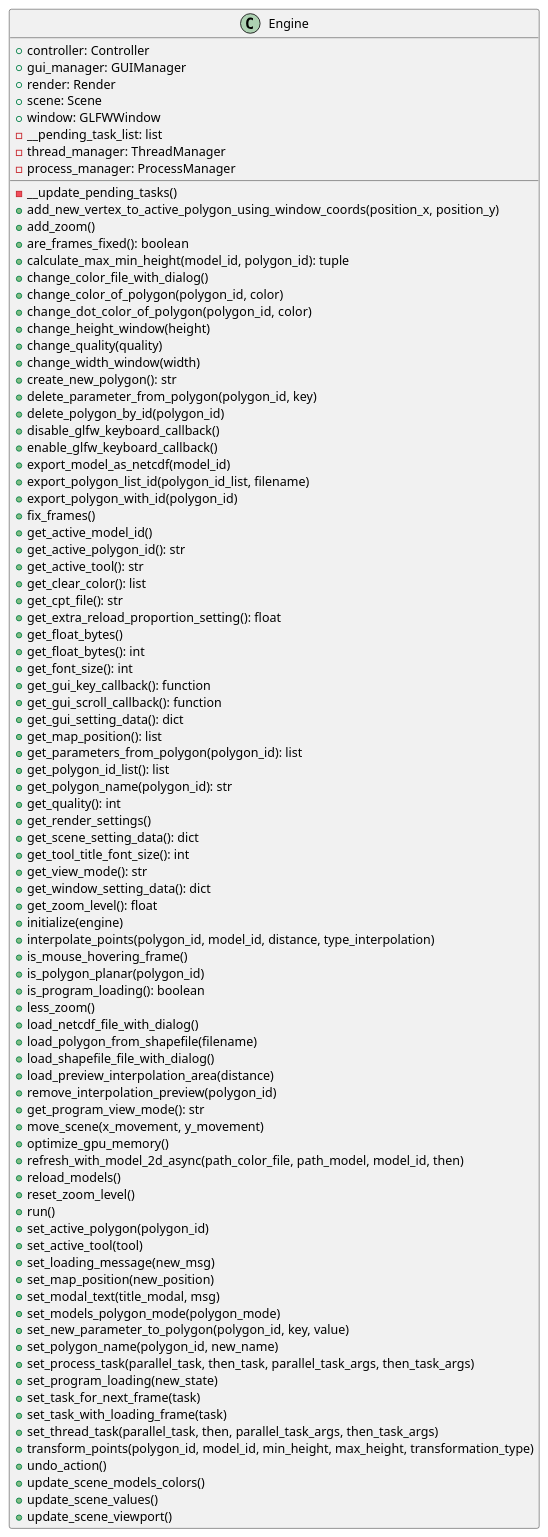
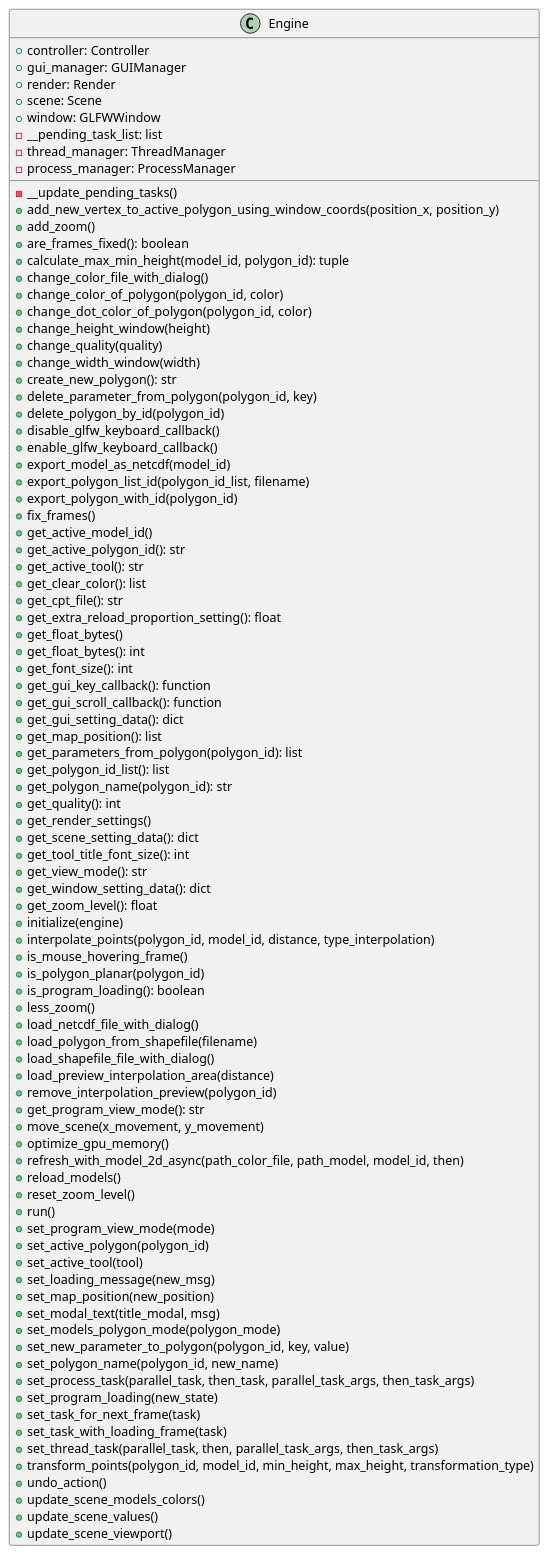
The diagram in docs/classes/Engine.puml (ferpoble2/Relief_Creator), drawn with PlantUML before and after one commit. The commit also changed 4 other files, not shown here.

Commit message:
Added menu in the mainmenubar to change the view mode of the program

```diff
--- a/docs/classes/Engine.puml
+++ b/docs/classes/Engine.puml
@@ -1,93 +1,94 @@
 @startuml
 class Engine {
     + controller: Controller
     + gui_manager: GUIManager
     + render: Render
     + scene: Scene
     + window: GLFWWindow
     - __pending_task_list: list
     - thread_manager: ThreadManager
     - process_manager: ProcessManager
 
     - __update_pending_tasks()
     + add_new_vertex_to_active_polygon_using_window_coords(position_x, position_y)
     + add_zoom()
     + are_frames_fixed(): boolean
     + calculate_max_min_height(model_id, polygon_id): tuple
     + change_color_file_with_dialog()
     + change_color_of_polygon(polygon_id, color)
     + change_dot_color_of_polygon(polygon_id,  color)
     + change_height_window(height)
     + change_quality(quality)
     + change_width_window(width)
     + create_new_polygon(): str
     + delete_parameter_from_polygon(polygon_id, key)
     + delete_polygon_by_id(polygon_id)
     + disable_glfw_keyboard_callback()
     + enable_glfw_keyboard_callback()
     + export_model_as_netcdf(model_id)
     + export_polygon_list_id(polygon_id_list, filename)
     + export_polygon_with_id(polygon_id)
     + fix_frames()
     + get_active_model_id()
     + get_active_polygon_id(): str
     + get_active_tool(): str
     + get_clear_color(): list
     + get_cpt_file(): str
     + get_extra_reload_proportion_setting(): float
     + get_float_bytes()
     + get_float_bytes(): int
     + get_font_size(): int
     + get_gui_key_callback(): function
     + get_gui_scroll_callback(): function
     + get_gui_setting_data(): dict
     + get_map_position(): list
     + get_parameters_from_polygon(polygon_id): list
     + get_polygon_id_list(): list
     + get_polygon_name(polygon_id): str
     + get_quality(): int
     + get_render_settings()
     + get_scene_setting_data(): dict
     + get_tool_title_font_size(): int
     + get_view_mode(): str
     + get_window_setting_data(): dict
     + get_zoom_level(): float
     + initialize(engine)
     + interpolate_points(polygon_id, model_id, distance, type_interpolation)
     + is_mouse_hovering_frame()
     + is_polygon_planar(polygon_id)
     + is_program_loading(): boolean
     + less_zoom()
     + load_netcdf_file_with_dialog()
     + load_polygon_from_shapefile(filename)
     + load_shapefile_file_with_dialog()
     + load_preview_interpolation_area(distance)
     + remove_interpolation_preview(polygon_id)
     + get_program_view_mode(): str
     + move_scene(x_movement, y_movement)
     + optimize_gpu_memory()
     + refresh_with_model_2d_async(path_color_file, path_model, model_id, then)
     + reload_models()
     + reset_zoom_level()
     + run()
+    + set_program_view_mode(mode)
     + set_active_polygon(polygon_id)
     + set_active_tool(tool)
     + set_loading_message(new_msg)
     + set_map_position(new_position)
     + set_modal_text(title_modal, msg)
     + set_models_polygon_mode(polygon_mode)
     + set_new_parameter_to_polygon(polygon_id, key, value)
     + set_polygon_name(polygon_id, new_name)
     + set_process_task(parallel_task, then_task, parallel_task_args, then_task_args)
     + set_program_loading(new_state)
     + set_task_for_next_frame(task)
     + set_task_with_loading_frame(task)
     + set_thread_task(parallel_task, then, parallel_task_args, then_task_args)
     + transform_points(polygon_id, model_id, min_height, max_height, transformation_type)
     + undo_action()
     + update_scene_models_colors()
     + update_scene_values()
     + update_scene_viewport()
 }
 
 @enduml
```
